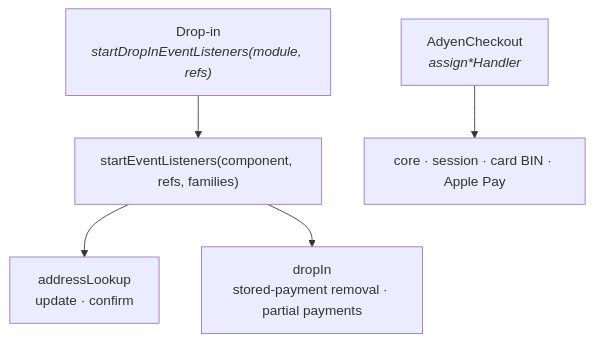
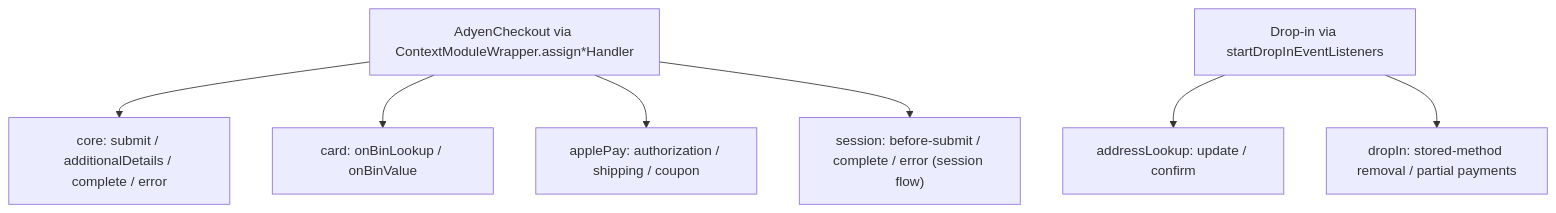
One commit to Adyen/adyen-react-native changed the fourth of 4 diagrams in docs/js-architecture.md. Above: the diagram before and after it, drawn with Mermaid. The commit also changed other lines of this file and 2 other files, not shown here.

First line of the commit message:
docs: rewrite canonical architecture set for current v6 implementation

````diff
--- a/docs/js-architecture.md
+++ b/docs/js-architecture.md
@@ -227,11 +226,11 @@
 ```mermaid
 flowchart TD
-  SE["startEventListeners(component, refs, families)"]
-  AL["addressLookup<br/>update · confirm"]
-  DI["dropIn<br/>stored-payment removal · partial payments"]
+  CTX["AdyenCheckout via ContextModuleWrapper.assign*Handler"]
+  CTX --> CORE["core: submit / additionalDetails / complete / error"]
+  CTX --> CARD["card: onBinLookup / onBinValue"]
+  CTX --> AP["applePay: authorization / shipping / coupon"]
+  CTX --> SESS["session: before-submit / complete / error (session flow)"]
 
-  D["Drop-in<br/><i>startDropInEventListeners(module, refs)</i>"] --> SE
-  SE --> AL & DI
-
-  CTX["AdyenCheckout<br/><i>assign*Handler</i>"] --> CO["core · session · card BIN · Apple Pay"]
+  DROPIN["Drop-in via startDropInEventListeners"] --> AL["addressLookup: update / confirm"]
+  DROPIN --> DI["dropIn: stored-method removal / partial payments"]
 ```
````
